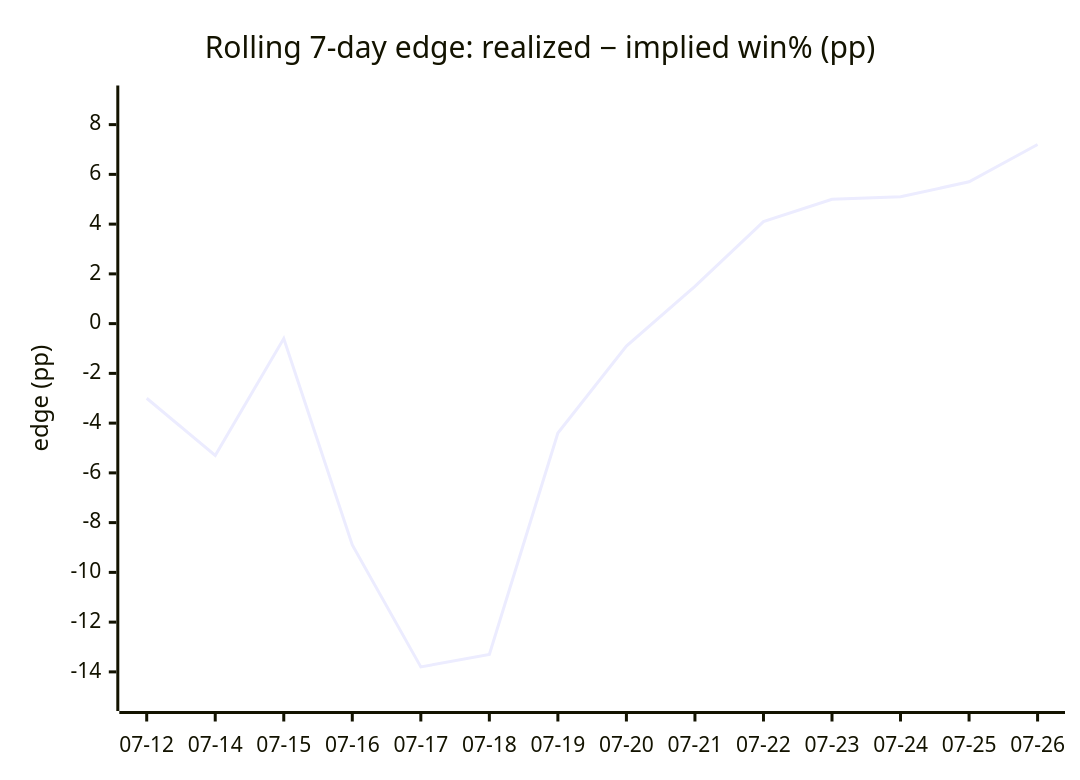
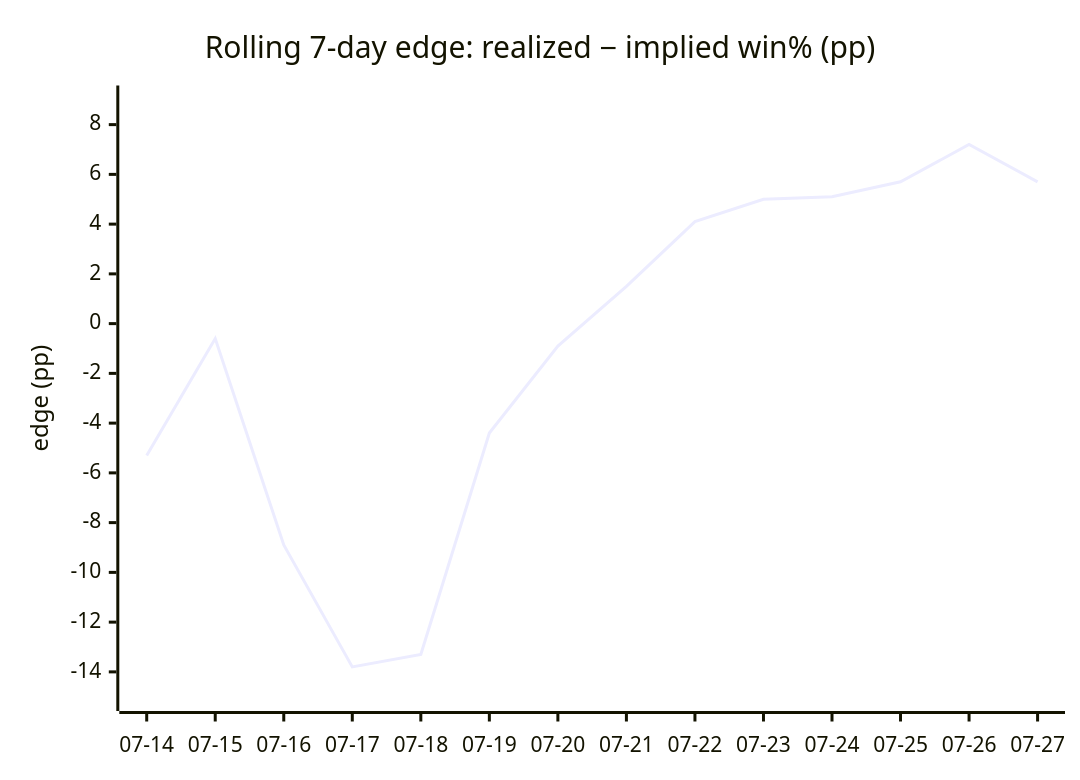
Before and after one commit to dpk1212/nhl-savant: the fourth of 4 diagrams in DAILY_AGSU_REPORT.md, drawn with Mermaid. The commit also changed other lines of this file, not shown here.

````diff
--- a/DAILY_AGSU_REPORT.md
+++ b/DAILY_AGSU_REPORT.md
@@ -724,7 +723,7 @@
 ```mermaid
 xychart-beta
     title "Rolling 7-day edge: realized − implied win% (pp)"
-    x-axis ["07-12", "07-14", "07-15", "07-16", "07-17", "07-18", "07-19", "07-20", "07-21", "07-22", "07-23", "07-24", "07-25", "07-26"]
+    x-axis ["07-14", "07-15", "07-16", "07-17", "07-18", "07-19", "07-20", "07-21", "07-22", "07-23", "07-24", "07-25", "07-26", "07-27"]
     y-axis "edge (pp)" -15 --> 9
-    line [-3, -5.3, -0.6, -8.9, -13.8, -13.3, -4.4, -0.9, 1.5, 4.1, 5, 5.1, 5.7, 7.2]
+    line [-5.3, -0.6, -8.9, -13.8, -13.3, -4.4, -0.9, 1.5, 4.1, 5, 5.1, 5.7, 7.2, 5.7]
 ```
````
